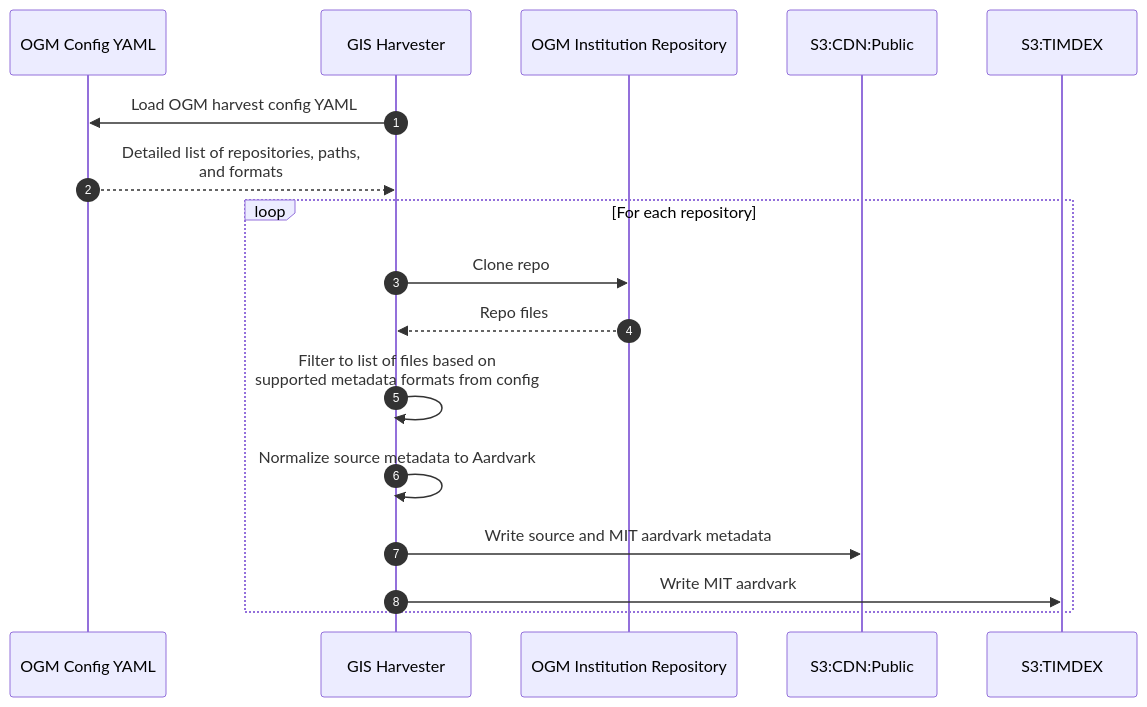
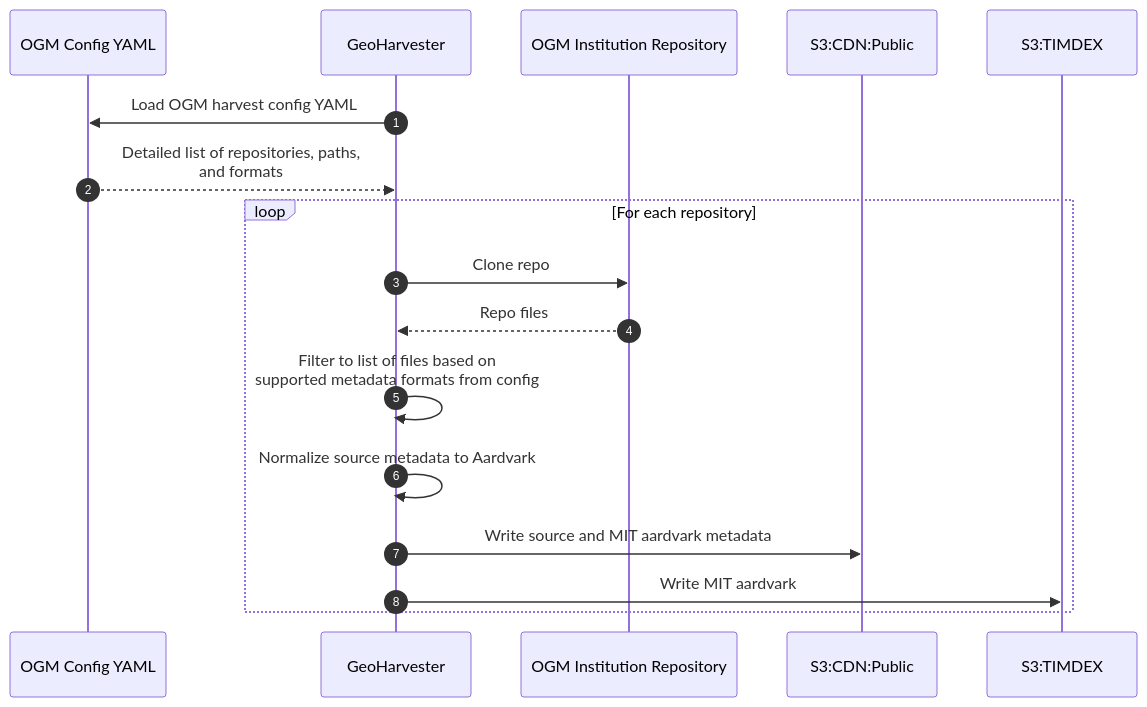
One commit to MITLibraries/geo-harvester changed the first of 2 diagrams in docs/ogm_harvests.md. Above: the diagram before and after it, drawn with Mermaid. The commit also changed other lines of this file, not shown here.

````diff
--- a/docs/ogm_harvests.md
+++ b/docs/ogm_harvests.md
@@ -9,21 +9,21 @@
 ```mermaid
 sequenceDiagram
     autonumber
     participant ogm_config_yaml as OGM Config YAML
-    participant geo_harv as GIS Harvester
+    participant geo_harv as GeoHarvester
     participant ogm_repo as OGM Institution Repository
     participant s3_cdn_pub as S3:CDN:Public
     participant s3_timdex as S3:TIMDEX
     
     geo_harv->>ogm_config_yaml: Load OGM harvest config YAML
     ogm_config_yaml-->>geo_harv: Detailed list of repositories, paths, <br> and formats
     
     loop For each repository
         geo_harv->>ogm_repo: Clone repo
         ogm_repo-->>geo_harv: Repo files
         geo_harv->>geo_harv: Filter to list of files based on <br> supported metadata formats from config
         geo_harv->>geo_harv: Normalize source metadata to Aardvark
         geo_harv->>s3_cdn_pub: Write source and MIT aardvark metadata
         geo_harv->>s3_timdex: Write MIT aardvark
     end
 ```
````
